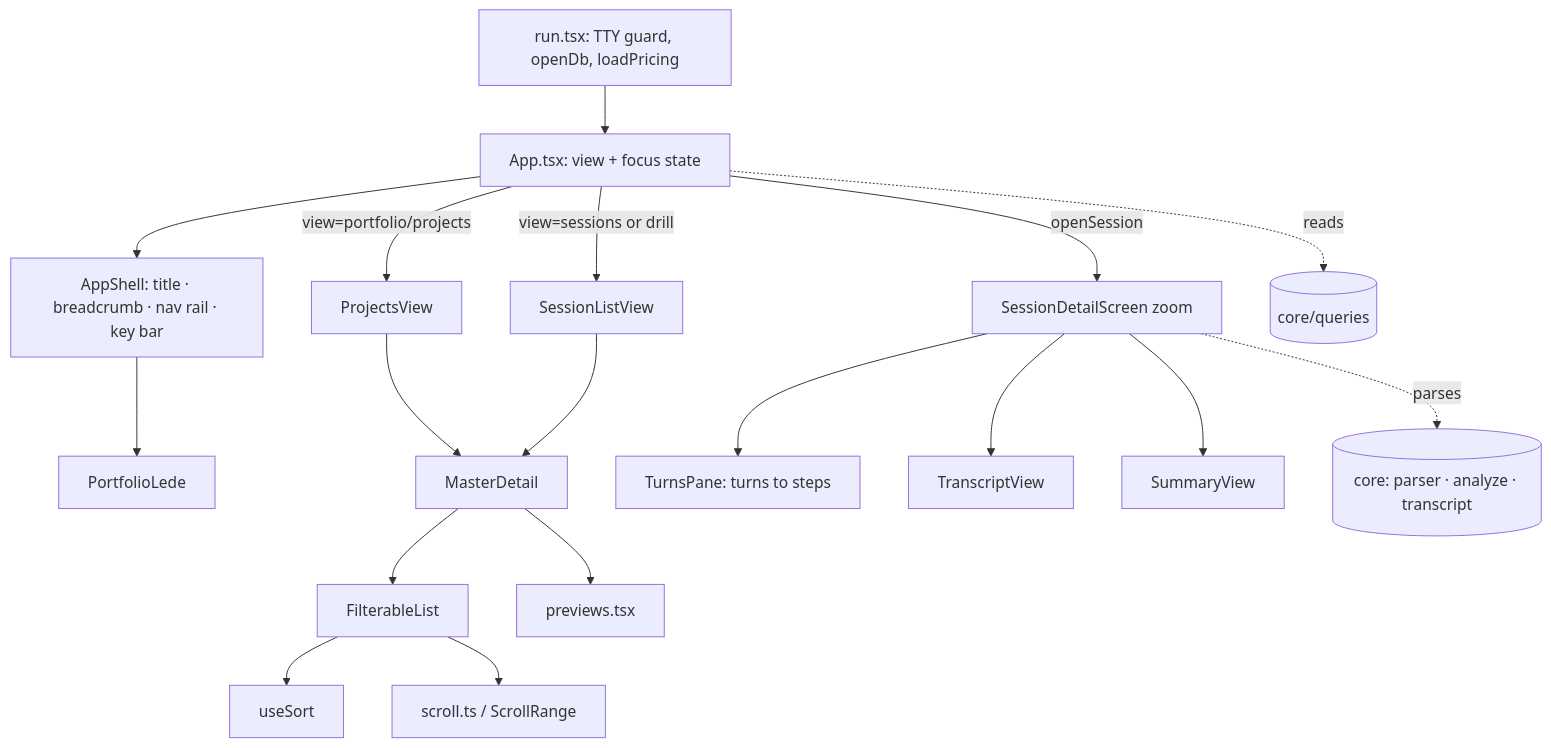
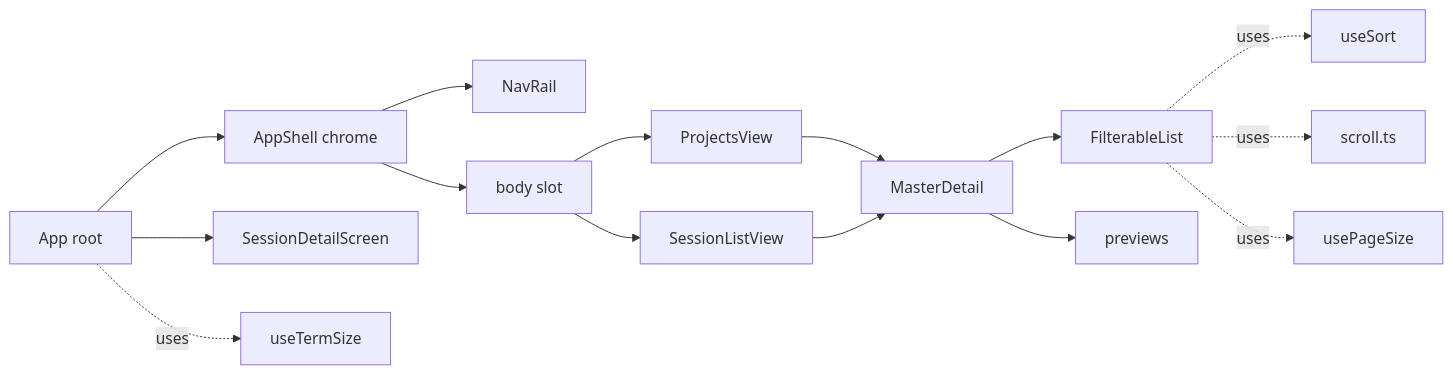
Before and after one commit to yorch/cc-analyzer: the first of 2 diagrams in wiki/4-tui.md, drawn with Mermaid. The commit also changed other lines of this file and 16 other files, not shown here.

````diff
--- a/wiki/4-tui.md
+++ b/wiki/4-tui.md
@@ -36,23 +32,19 @@
 ```mermaid
-flowchart TD
-    run[run.tsx: TTY guard, openDb, loadPricing] --> App
-    App[App.tsx: view + focus state] --> Shell[AppShell: title · breadcrumb · nav rail · key bar]
-    App -->|view=portfolio/projects| Projects[ProjectsView]
-    App -->|view=sessions or drill| Sessions[SessionListView]
-    App -->|openSession| Detail[SessionDetailScreen zoom]
+flowchart LR
+    App[App root] --> Shell[AppShell chrome]
+    Shell --> Rail[NavRail]
+    Shell --> Body[body slot]
+    Body --> Projects[ProjectsView]
+    Body --> Sessions[SessionListView]
+    App --> Detail[SessionDetailScreen]
 
-    Shell --> Lede[PortfolioLede]
     Projects --> MD[MasterDetail]
     Sessions --> MD
-    MD --> FL[FilterableList]
-    MD --> Prev[previews.tsx]
-    FL --> Sort[useSort]
-    FL --> Scroll[scroll.ts / ScrollRange]
+    MD --> List[FilterableList]
+    MD --> Preview[previews]
 
-    Detail --> Turns[TurnsPane: turns to steps]
-    Detail --> Transcript[TranscriptView]
-    Detail --> Summary[SummaryView]
-
-    App -.reads.-> Queries[(core/queries)]
-    Detail -.parses.-> Core[(core: parser · analyze · transcript)]
+    List -.uses.-> Sort[useSort]
+    List -.uses.-> Scroll[scroll.ts]
+    App -.uses.-> Term[useTermSize]
+    List -.uses.-> Page[usePageSize]
 ```
````
